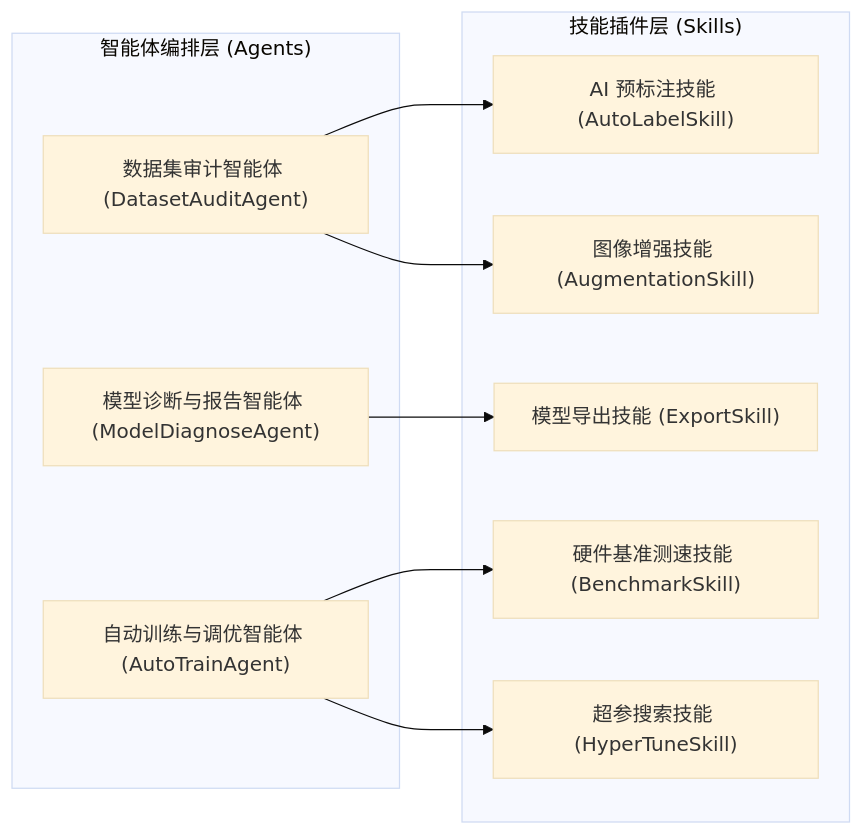
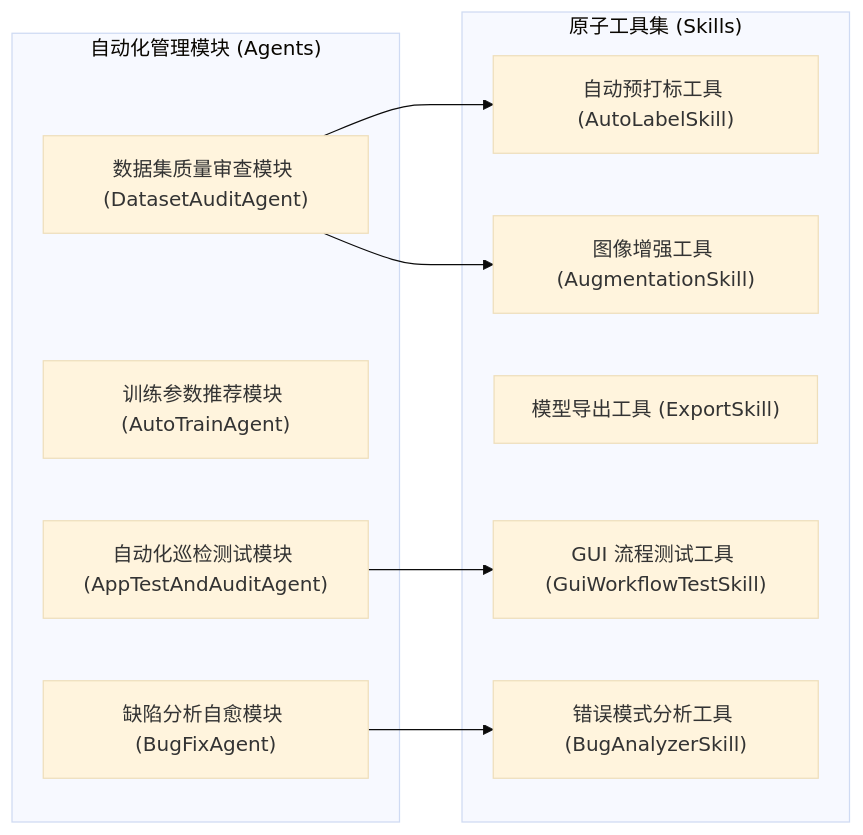
Before and after one commit to Messer2024/Yolo_Model_Training: the diagram in Doc/05_AGENTS_AND_SKILLS_SPECIFICATION.md, drawn with Mermaid (base theme). The commit also changed other lines of this file and 28 other files, not shown here.

````diff
--- a/Doc/05_AGENTS_AND_SKILLS_SPECIFICATION.md
+++ b/Doc/05_AGENTS_AND_SKILLS_SPECIFICATION.md
@@ -16,22 +16,22 @@
 ```mermaid
 graph LR
-    subgraph Agent_Layer ["智能体编排层 (Agents)"]
-        AuditAgent["数据集审计智能体 (DatasetAuditAgent)"]
-        AutoTrainAgent["自动训练与调优智能体 (AutoTrainAgent)"]
-        DiagnoseAgent["模型诊断与报告智能体 (ModelDiagnoseAgent)"]
+    subgraph Manager_Layer ["自动化管理模块 (Agents)"]
+        AuditAgent["数据集质量审查模块 (DatasetAuditAgent)"]
+        AutoTrainAgent["训练参数推荐模块 (AutoTrainAgent)"]
+        TestAgent["自动化巡检测试模块 (AppTestAndAuditAgent)"]
+        FixAgent["缺陷分析自愈模块 (BugFixAgent)"]
     end
 
-    subgraph Skill_Layer ["技能插件层 (Skills)"]
-        Skill_AutoLabel["AI 预标注技能 (AutoLabelSkill)"]
-        Skill_Augment["图像增强技能 (AugmentationSkill)"]
-        Skill_Export["模型导出技能 (ExportSkill)"]
-        Skill_Bench["硬件基准测速技能 (BenchmarkSkill)"]
-        Skill_HyperTune["超参搜索技能 (HyperTuneSkill)"]
+    subgraph Utility_Layer ["原子工具集 (Skills)"]
+        Skill_AutoLabel["自动预打标工具 (AutoLabelSkill)"]
+        Skill_Augment["图像增强工具 (AugmentationSkill)"]
+        Skill_Export["模型导出工具 (ExportSkill)"]
+        Skill_GuiTest["GUI 流程测试工具 (GuiWorkflowTestSkill)"]
+        Skill_BugAnalyzer["错误模式分析工具 (BugAnalyzerSkill)"]
     end
 
     AuditAgent --> Skill_AutoLabel
     AuditAgent --> Skill_Augment
-    AutoTrainAgent --> Skill_HyperTune
-    AutoTrainAgent --> Skill_Bench
-    DiagnoseAgent --> Skill_Export
+    TestAgent --> Skill_GuiTest
+    FixAgent --> Skill_BugAnalyzer
 ```
````
